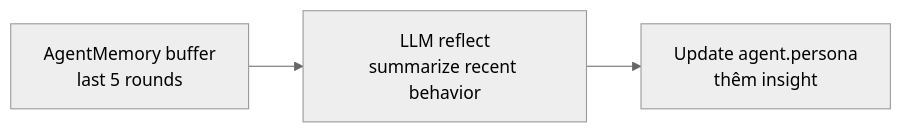
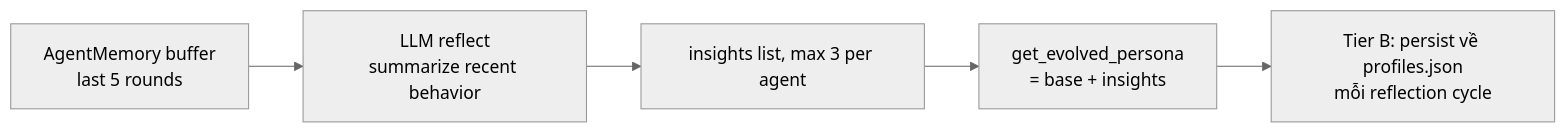
The fourth of 6 diagrams in docs/05_simulation_loop.md (qchien643/EcoSim), drawn with Mermaid (neutral theme) before and after one commit. The commit also changed other lines of this file and 176 other files, not shown here.

````diff
--- a/docs/05_simulation_loop.md
+++ b/docs/05_simulation_loop.md
@@ -56,5 +71,7 @@
 ```mermaid
 flowchart LR
     Mem[AgentMemory buffer<br/>last 5 rounds] --> LLM[LLM reflect<br/>summarize recent behavior]
-    LLM --> Upd[Update agent.persona<br/>thêm insight]
+    LLM --> Insights[insights list, max 3 per agent]
+    Insights --> Evolved[get_evolved_persona<br/>= base + insights]
+    Evolved --> Persist[Tier B: persist về profiles.json<br/>mỗi reflection cycle]
 ```
````
